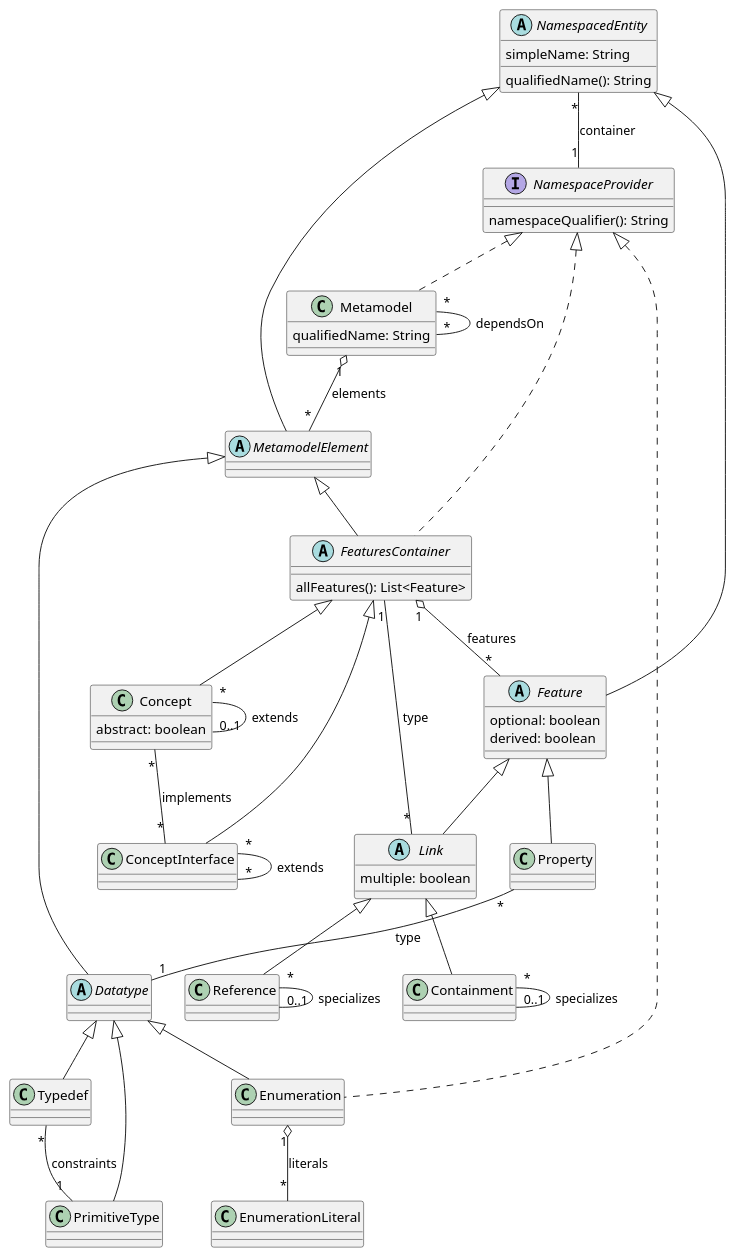
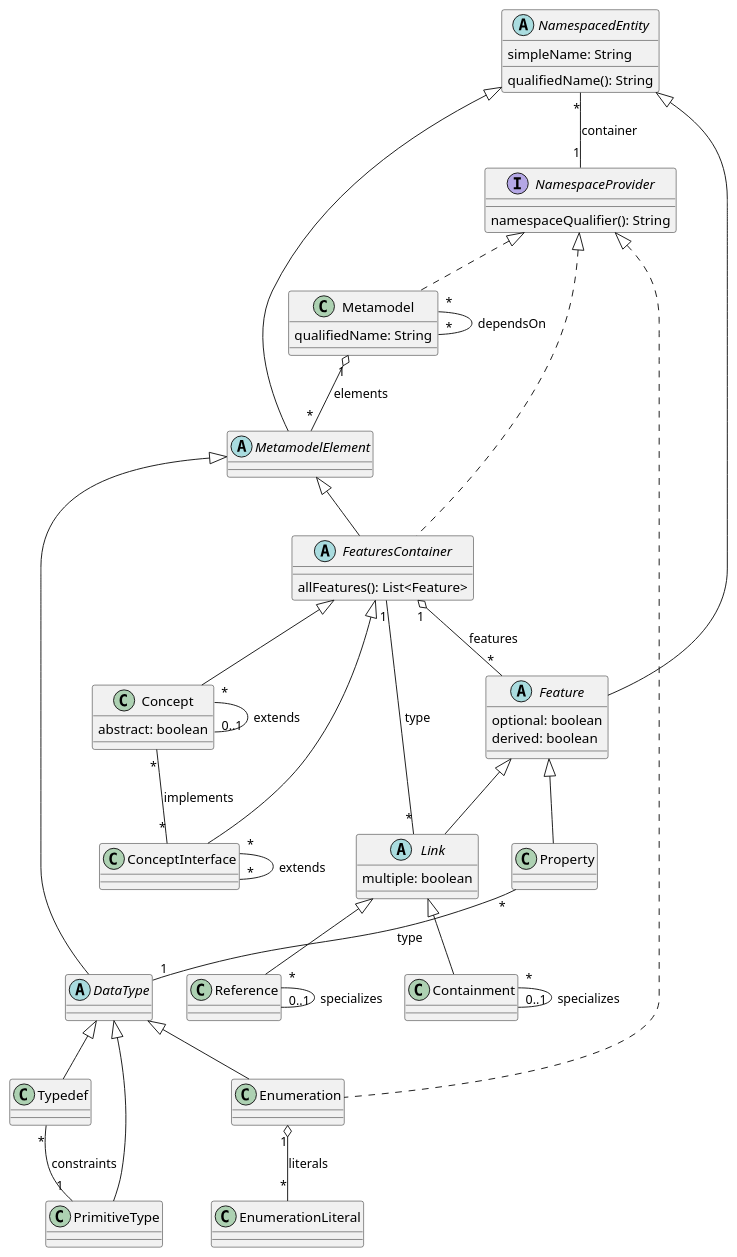
One commit to LionWeb-io/lionweb-typescript changed the diagram in diagrams/metametamodel-gen.puml. Above: the diagram before and after it, drawn with PlantUML. The commit also changed 1 other file, not shown here.

Commit message:
Datatype -> DataType (capitalize 't')

```diff
--- a/diagrams/metametamodel-gen.puml
+++ b/diagrams/metametamodel-gen.puml
@@ -1,91 +1,91 @@
 @startuml
 
 ' qualified name: "lioncore"
 
 
 class Concept extends FeaturesContainer {
   abstract: boolean
 }
 
 class ConceptInterface extends FeaturesContainer
 
 class Containment extends Link
 
-abstract class Datatype extends MetamodelElement
+abstract class DataType extends MetamodelElement
 
-class Enumeration extends Datatype implements NamespaceProvider
+class Enumeration extends DataType implements NamespaceProvider
 
 abstract class Feature extends NamespacedEntity {
   optional: boolean
   derived: boolean
 }
 
 abstract class FeaturesContainer extends MetamodelElement implements NamespaceProvider {
   allFeatures(): List<Feature>
 }
 
 ' primitive type: "JSON"
 
 abstract class Link extends Feature {
   multiple: boolean
 }
 
 class Metamodel implements NamespaceProvider {
   qualifiedName: String
 }
 
 abstract class MetamodelElement extends NamespacedEntity
 
 interface NamespaceProvider {
   namespaceQualifier(): String
 }
 
 abstract class NamespacedEntity {
   simpleName: String
   qualifiedName(): String
 }
 
-class PrimitiveType extends Datatype
+class PrimitiveType extends DataType
 
 class Property extends Feature
 
 class Reference extends Link
 
 ' primitive type: "String"
 
-class Typedef extends Datatype
+class Typedef extends DataType
 
 ' primitive type: "boolean"
 
 ' primitive type: "int"
 
 
 
 ' relations:
 
 Concept "*" -- "0..1" Concept: extends
 Concept "*" -- "*" ConceptInterface: implements
 
 ConceptInterface "*" -- "*" ConceptInterface: extends
 
 Containment "*" -- "0..1" Containment: specializes
 
 Enumeration "1" o-- "*" EnumerationLiteral: literals
 
 FeaturesContainer "1" o-- "*" Feature: features
 
 Link "*" -- "1" FeaturesContainer: type
 
 Metamodel "1" o-- "*" MetamodelElement: elements
 Metamodel "*" -- "*" Metamodel: dependsOn
 
 NamespacedEntity "*" -- "1" NamespaceProvider: container
 
-Property "*" -- "1" Datatype: type
+Property "*" -- "1" DataType: type
 
 Reference "*" -- "0..1" Reference: specializes
 
 Typedef "*" -- "1" PrimitiveType: constraints
 
 
 @enduml
```
